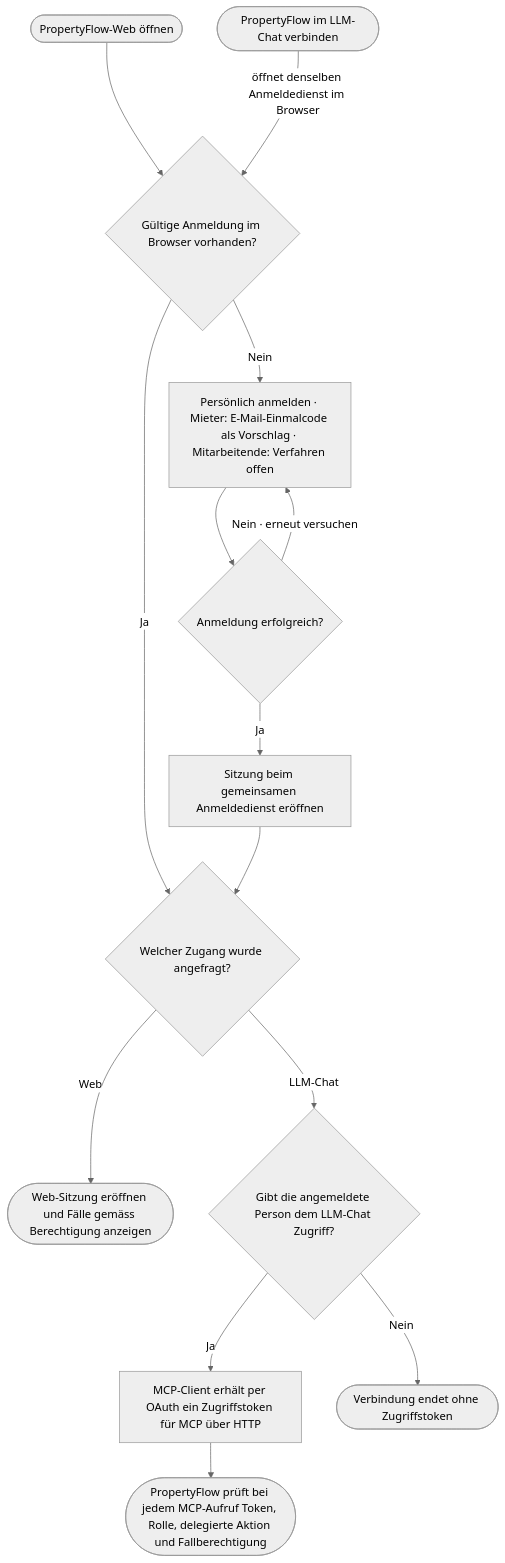
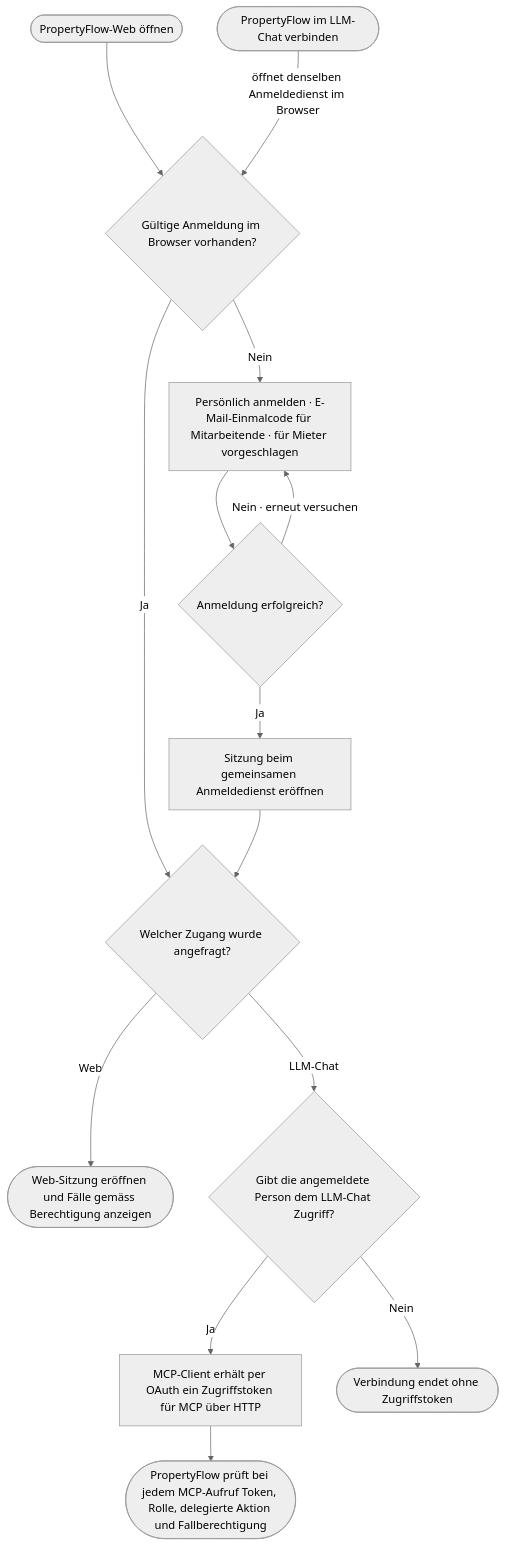
One commit to permarco/propertyflow changed the second of 2 diagrams in docs/use_cases/UC-005-userkonto-eroeffnen.md. Above: the diagram before and after it, drawn with Mermaid (neutral theme). The commit also changed other lines of this file and 9 other files, not shown here.

````diff
--- a/docs/use_cases/UC-005-userkonto-eroeffnen.md
+++ b/docs/use_cases/UC-005-userkonto-eroeffnen.md
@@ -46,26 +46,26 @@
 ```mermaid
 flowchart TD
     Web(["PropertyFlow-Web öffnen"])
     Chat(["PropertyFlow im LLM-Chat verbinden"])
     Sitzung{"Gültige Anmeldung im Browser vorhanden?"}
-    Anmelden["Persönlich anmelden · Mieter: E-Mail-Einmalcode als Vorschlag · Mitarbeitende: Verfahren offen"]
+    Anmelden["Persönlich anmelden · E-Mail-Einmalcode für Mitarbeitende · für Mieter vorgeschlagen"]
     Pruefung{"Anmeldung erfolgreich?"}
     Anmeldung["Sitzung beim gemeinsamen Anmeldedienst eröffnen"]
     Ziel{"Welcher Zugang wurde angefragt?"}
     Faelle(["Web-Sitzung eröffnen und Fälle gemäss Berechtigung anzeigen"])
     Freigabe{"Gibt die angemeldete Person dem LLM-Chat Zugriff?"}
     Token["MCP-Client erhält per OAuth ein Zugriffstoken für MCP über HTTP"]
     Zugriff(["PropertyFlow prüft bei jedem MCP-Aufruf Token, Rolle, delegierte Aktion und Fallberechtigung"])
     Ende(["Verbindung endet ohne Zugriffstoken"])
 
     Web --> Sitzung
     Chat -->|"öffnet denselben Anmeldedienst im Browser"| Sitzung
     Sitzung -->|"Ja"| Ziel
     Sitzung -->|"Nein"| Anmelden --> Pruefung
     Pruefung -->|"Nein · erneut versuchen"| Anmelden
     Pruefung -->|"Ja"| Anmeldung --> Ziel
     Ziel -->|"Web"| Faelle
     Ziel -->|"LLM-Chat"| Freigabe
     Freigabe -->|"Ja"| Token --> Zugriff
     Freigabe -->|"Nein"| Ende
 ```
````
